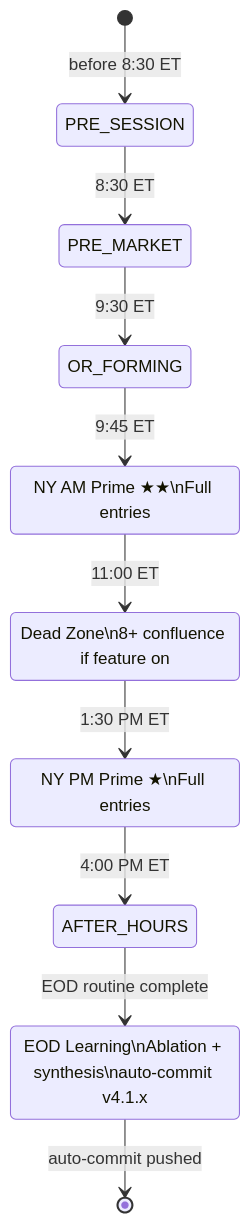
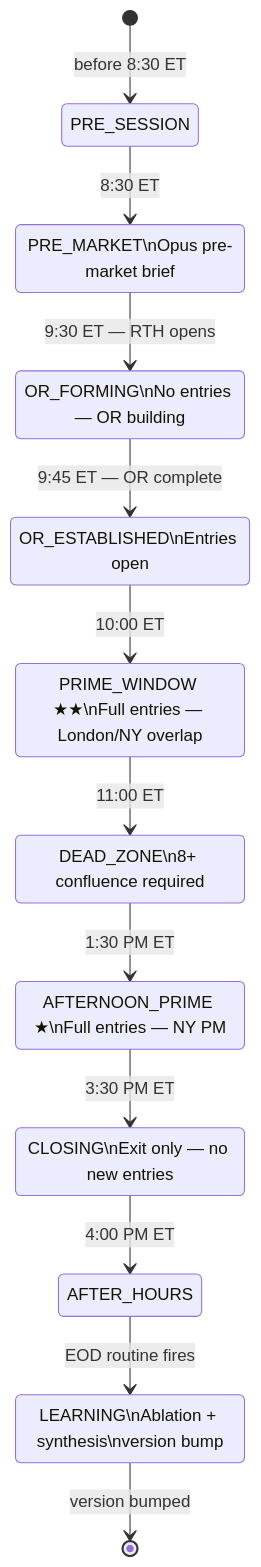
One commit to fgomecs/mnq-ai-trader changed the seventh of 7 diagrams in README.md. Above: the diagram before and after it, drawn with Mermaid. The commit also changed other lines of this file and 5 other files, not shown here.

````diff
--- a/README.md
+++ b/README.md
@@ -865,17 +848,23 @@
 ```mermaid
 stateDiagram-v2
     [*] --> PRE_SESSION: before 8:30 ET
     PRE_SESSION --> PRE_MARKET: 8:30 ET
-    PRE_MARKET --> OR_FORMING: 9:30 ET
-    OR_FORMING --> NY_AM: 9:45 ET
-    NY_AM --> DEAD_ZONE: 11:00 ET
-    DEAD_ZONE --> NY_PM: 1:30 PM ET
-    NY_PM --> AFTER_HOURS: 4:00 PM ET
-    AFTER_HOURS --> LEARNING: EOD routine complete
-    LEARNING --> [*]: auto-commit pushed
+    PRE_MARKET --> OR_FORMING: 9:30 ET — RTH opens
+    OR_FORMING --> OR_ESTABLISHED: 9:45 ET — OR complete
+    OR_ESTABLISHED --> PRIME_WINDOW: 10:00 ET
+    PRIME_WINDOW --> DEAD_ZONE: 11:00 ET
+    DEAD_ZONE --> AFTERNOON_PRIME: 1:30 PM ET
+    AFTERNOON_PRIME --> CLOSING: 3:30 PM ET
+    CLOSING --> AFTER_HOURS: 4:00 PM ET
+    AFTER_HOURS --> LEARNING: EOD routine fires
+    LEARNING --> [*]: version bumped
 
-    NY_AM: NY AM Prime ★★\nFull entries
-    DEAD_ZONE: Dead Zone\n8+ confluence if feature on
-    NY_PM: NY PM Prime ★\nFull entries
-    LEARNING: EOD Learning\nAblation + synthesis\nauto-commit v4.1.x
+    PRE_MARKET: PRE_MARKET\nOpus pre-market brief
+    OR_FORMING: OR_FORMING\nNo entries — OR building
+    OR_ESTABLISHED: OR_ESTABLISHED\nEntries open
+    PRIME_WINDOW: PRIME_WINDOW ★★\nFull entries — London/NY overlap
+    DEAD_ZONE: DEAD_ZONE\n8+ confluence required
+    AFTERNOON_PRIME: AFTERNOON_PRIME ★\nFull entries — NY PM
+    CLOSING: CLOSING\nExit only — no new entries
+    LEARNING: LEARNING\nAblation + synthesis\nversion bump
 ```
````
